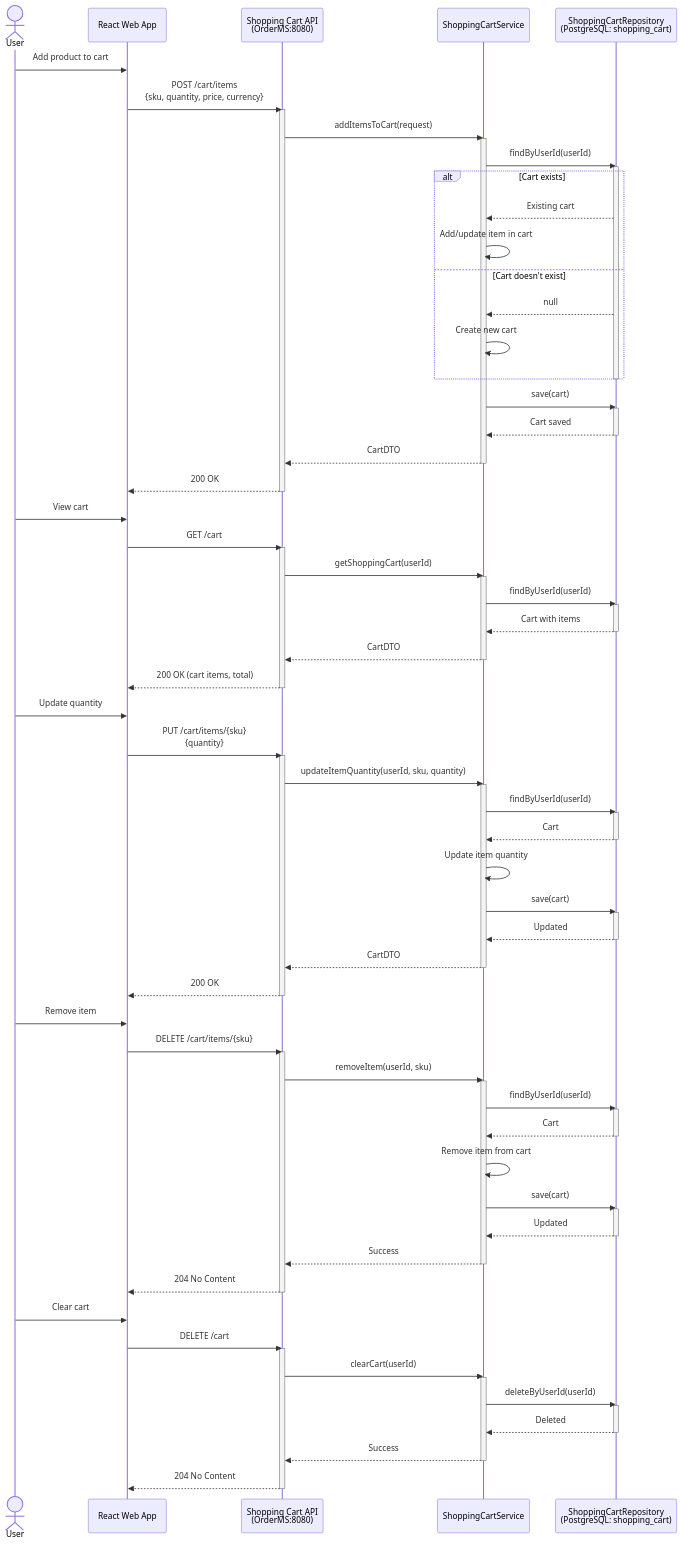
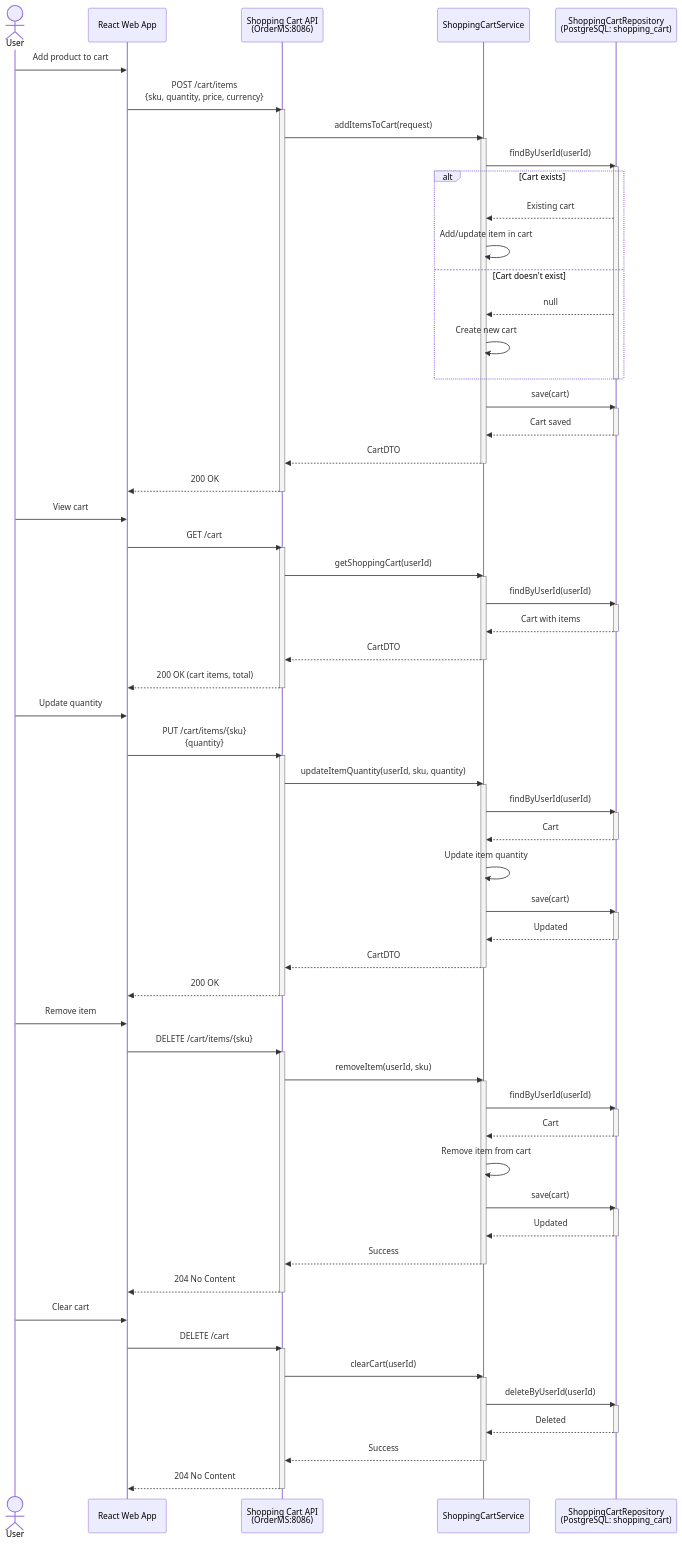
The sixth of 6 diagrams in docs/ARCHITECTURE.md (metao1/microservice-online-store), drawn with Mermaid before and after one commit. The commit also changed other lines of this file and 15 other files, not shown here.

```diff
--- a/docs/ARCHITECTURE.md
+++ b/docs/ARCHITECTURE.md
@@ -300,7 +302,7 @@
 sequenceDiagram
     actor User
     participant WebApp as React Web App
-    participant CartAPI as Shopping Cart API<br/>(OrderMS:8080)
+    participant CartAPI as Shopping Cart API<br/>(OrderMS:8086)
     participant CartService as ShoppingCartService
     participant CartRepo as ShoppingCartRepository<br/>(PostgreSQL: shopping_cart)
 
```
